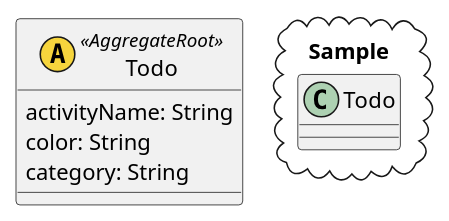
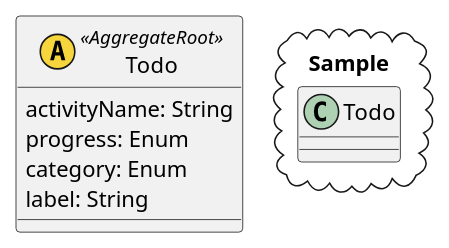
One commit to kiyotakeshi/todo-monolithic changed the diagram in docs/domain-model.puml. Above: the diagram before and after it, drawn with PlantUML. The commit also changed 1 other file, not shown here.

```diff
--- a/docs/domain-model.puml
+++ b/docs/domain-model.puml
@@ -1,42 +1,43 @@
 @startuml
 package Sample <<Cloud>> {
     class Todo
 '    class SampleContents
 '    class CreateSample
 }
 'Sample *-- SampleContents
 'SampleContents --> Sample2
 
 'package Sample2 <<Cloud>> {
 '    class Sample2
 '}
 
 'class Sample2 << (A,#f6d53d) AggregateRoot >> {
 '    productNo: String
 '    name: String
 '    price: MonetaryAmount
 '    hasStock()
 '    reduceStock()
 '}
 
 class Todo << (A,#f6d53d) AggregateRoot >> {
     activityName: String
-    color: String
-    category: String
+    progress: Enum
+    category: Enum
+    label: String
 '    lines: List<SampleContents>
 }
 
 'class SampleContents << (E,#f6d53d) Entity >>  {
 '    product: Sample2.ProductAssociation
 '    name: String
 '    price: MonetaryAmount
 '    quantity: int
 '}
 
 'class CreateSample << (C,#acd0f6) Command >> {
 '    lines: List<SampleContents>
 '    customerName: String
 '    creditCardNumber: String
 '}
 
 @enduml
```
